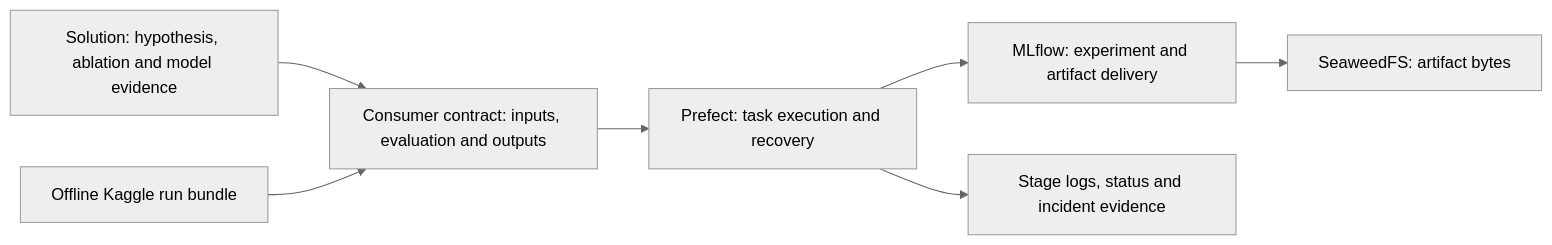
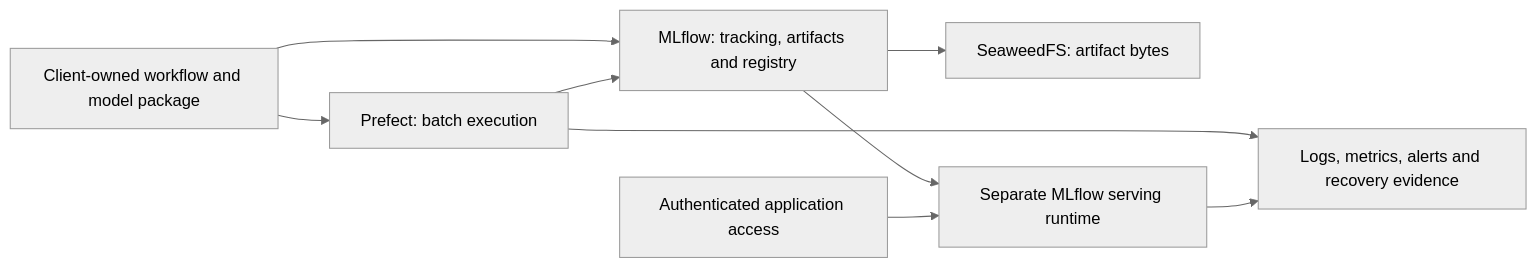
The diagram in README.md (cttsai1985/ml-infrastructure), drawn with Mermaid (neutral theme) before and after one commit. The commit also changed other lines of this file and 21 other files, not shown here.

Commit message:
Define general-purpose batch and serving contracts with a safe operator CLI

````diff
--- a/README.md
+++ b/README.md
@@ -17,9 +9,11 @@
 ```mermaid
 flowchart LR
-    S[Solution: hypothesis, ablation and model evidence] --> C[Consumer contract: inputs, evaluation and outputs]
-    C --> P[Prefect: task execution and recovery]
-    P --> M[MLflow: experiment and artifact delivery]
-    M --> O[SeaweedFS: artifact bytes]
-    P --> L[Stage logs, status and incident evidence]
-    K[Offline Kaggle run bundle] --> C
+    C[Client-owned workflow and model package] --> P[Prefect: batch execution]
+    C --> M[MLflow: tracking, artifacts and registry]
+    P --> M
+    M --> S[SeaweedFS: artifact bytes]
+    M --> R[Separate MLflow serving runtime]
+    A[Authenticated application access] --> R
+    P --> E[Logs, metrics, alerts and recovery evidence]
+    R --> E
 ```
````
